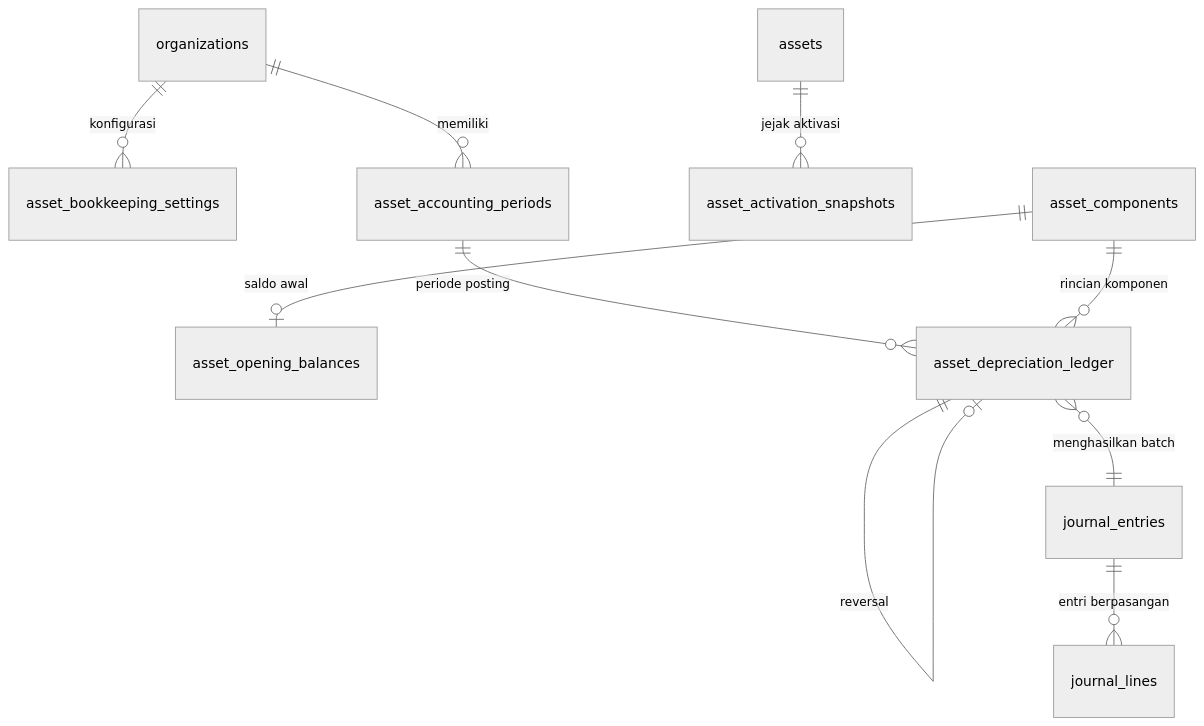
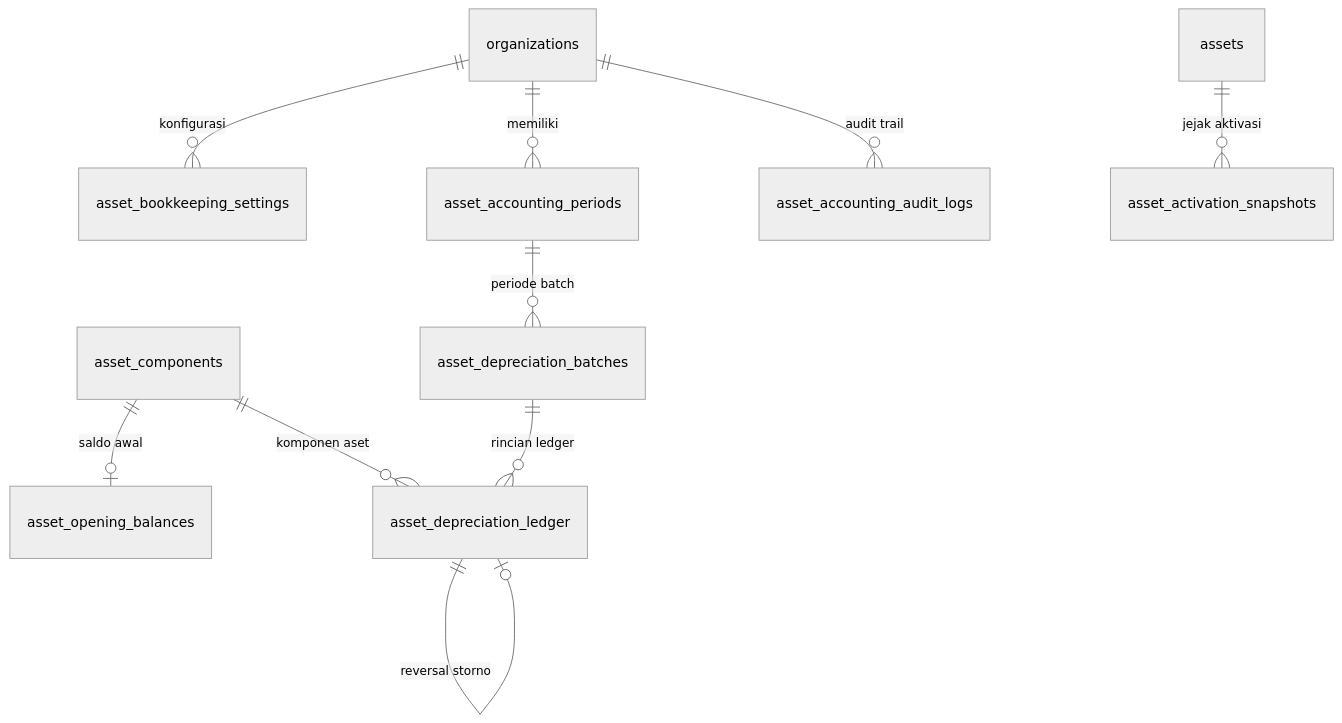
Before and after one commit to rhesal/simkos-v2: the third of 3 diagrams in docs/aset-inventaris-technical-design.md, drawn with Mermaid (neutral theme). The commit also changed other lines of this file, not shown here.

Commit message:
docs(aset): tuntaskan revisi terbatas desain dan kontrak pembukuan Fase 4A buku pembantu penyusutan

````diff
--- a/docs/aset-inventaris-technical-design.md
+++ b/docs/aset-inventaris-technical-design.md
@@ -634,12 +644,12 @@
 ```mermaid
 erDiagram
     organizations ||--o{ asset_bookkeeping_settings : "konfigurasi"
     organizations ||--o{ asset_accounting_periods : "memiliki"
+    organizations ||--o{ asset_accounting_audit_logs : "audit trail"
     assets ||--o{ asset_activation_snapshots : "jejak aktivasi"
     asset_components ||--o| asset_opening_balances : "saldo awal"
-    asset_accounting_periods ||--o{ asset_depreciation_ledger : "periode posting"
-    asset_components ||--o{ asset_depreciation_ledger : "rincian komponen"
-    asset_depreciation_ledger ||--o| asset_depreciation_ledger : "reversal"
-    asset_depreciation_ledger }o--|| journal_entries : "menghasilkan batch"
-    journal_entries ||--o{ journal_lines : "entri berpasangan"
+    asset_accounting_periods ||--o{ asset_depreciation_batches : "periode batch"
+    asset_depreciation_batches ||--o{ asset_depreciation_ledger : "rincian ledger"
+    asset_components ||--o{ asset_depreciation_ledger : "komponen aset"
+    asset_depreciation_ledger ||--o| asset_depreciation_ledger : "reversal storno"
 ```
````
